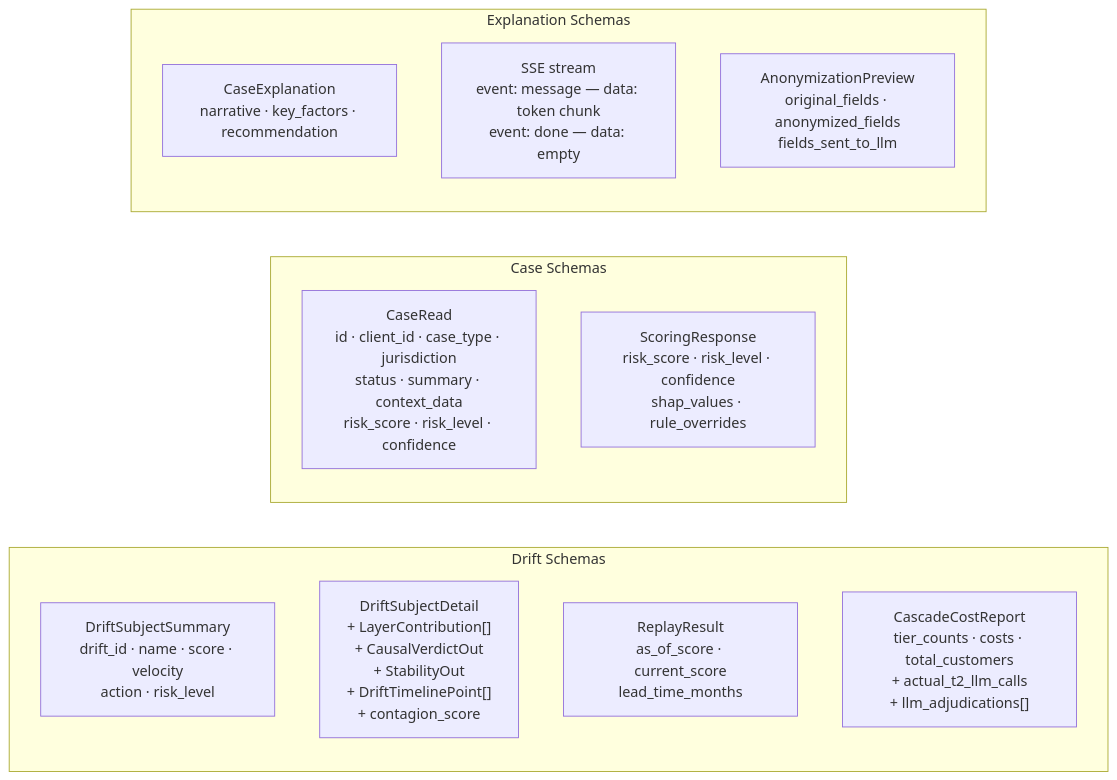
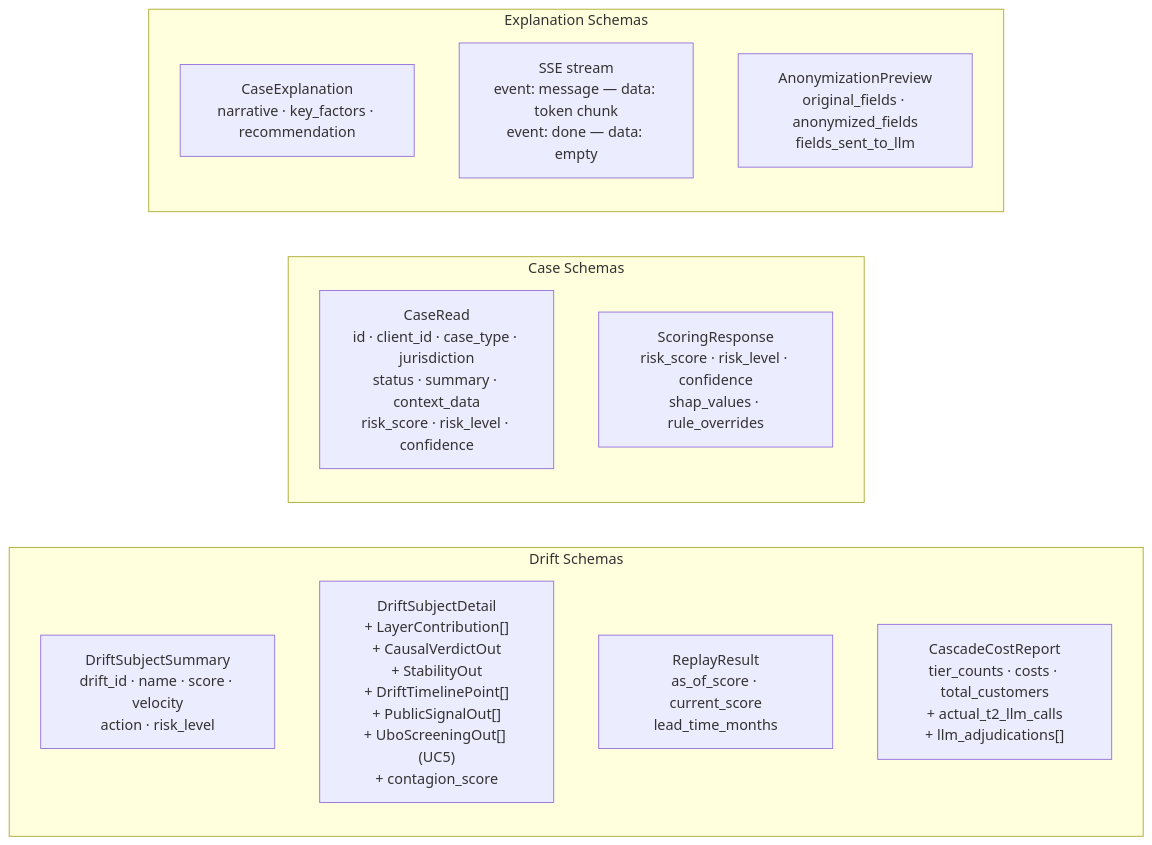
One commit to SteveDok22/Swisshacks-2026 changed the second of 3 diagrams in docs/api.md. Above: the diagram before and after it, drawn with Mermaid. The commit also changed 10 other files, not shown here.

Commit message:
feat(uc5): UBO/ownership-chain sanctions screening (GLEIF → OpenSanctions) (#43)

````diff
--- a/docs/api.md
+++ b/docs/api.md
@@ -58,20 +58,20 @@
 ```mermaid
 flowchart LR
     subgraph DriftSchemas["Drift Schemas"]
         DS1["DriftSubjectSummary\ndrift_id · name · score · velocity\naction · risk_level"]
-        DS2["DriftSubjectDetail\n+ LayerContribution[]\n+ CausalVerdictOut\n+ StabilityOut\n+ DriftTimelinePoint[]\n+ contagion_score"]
+        DS2["DriftSubjectDetail\n+ LayerContribution[]\n+ CausalVerdictOut\n+ StabilityOut\n+ DriftTimelinePoint[]\n+ PublicSignalOut[]\n+ UboScreeningOut[] (UC5)\n+ contagion_score"]
         DS3["ReplayResult\nas_of_score · current_score\nlead_time_months"]
         DS4["CascadeCostReport\ntier_counts · costs · total_customers\n+ actual_t2_llm_calls\n+ llm_adjudications[]"]
     end
 
     subgraph CaseSchemas["Case Schemas"]
         CS1["CaseRead\nid · client_id · case_type · jurisdiction\nstatus · summary · context_data\nrisk_score · risk_level · confidence"]
         CS2["ScoringResponse\nrisk_score · risk_level · confidence\nshap_values · rule_overrides"]
     end
 
     subgraph ExplainSchemas["Explanation Schemas"]
         ES1["CaseExplanation\nnarrative · key_factors · recommendation"]
         ES2["SSE stream\nevent: message — data: token chunk\nevent: done — data: empty"]
         ES3["AnonymizationPreview\noriginal_fields · anonymized_fields\nfields_sent_to_llm"]
     end
 ```
````
